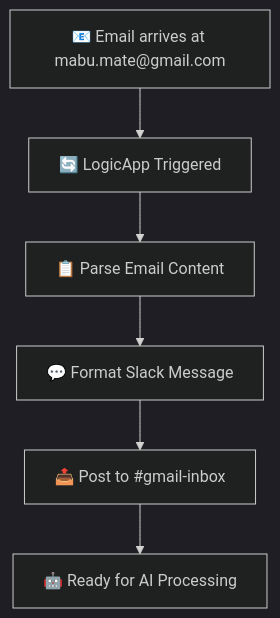
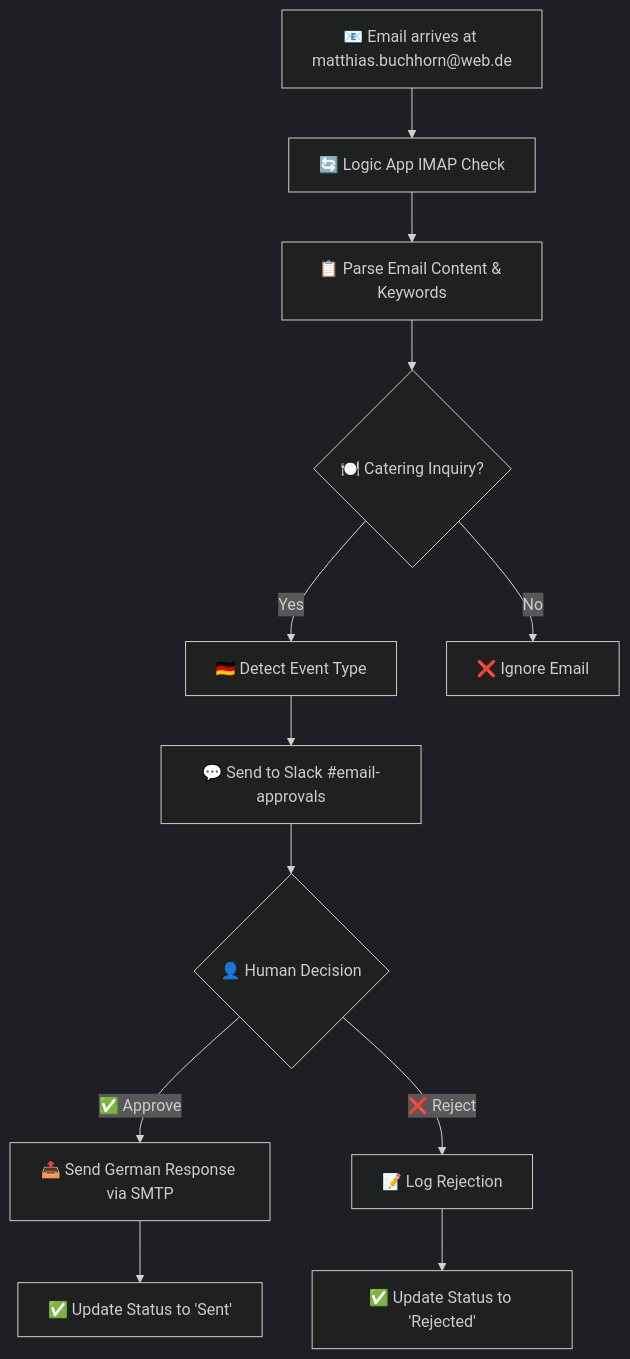
Before and after one commit to ma3u/jasmin-catering-ai-agent: the diagram in README.md, drawn with Mermaid (dark theme). The commit also changed other lines of this file and 82 other files, not shown here.

````diff
--- a/README.md
+++ b/README.md
@@ -67,8 +77,14 @@
 ```mermaid
 graph TD
-    A[📧 Email arrives at mabu.mate@gmail.com] --> B[🔄 LogicApp Triggered]
-    B --> C[📋 Parse Email Content]
-    C --> D[💬 Format Slack Message]
-    D --> E[📤 Post to #gmail-inbox]
-    E --> F[🤖 Ready for AI Processing]
+    A[📧 Email arrives at matthias.buchhorn@web.de] --> B[🔄 Logic App IMAP Check]
+    B --> C[📋 Parse Email Content & Keywords]
+    C --> D{🍽️ Catering Inquiry?}
+    D -->|Yes| E[🇩🇪 Detect Event Type]
+    D -->|No| F[❌ Ignore Email]
+    E --> G[💬 Send to Slack #email-approvals]
+    G --> H{👤 Human Decision}
+    H -->|✅ Approve| I[📤 Send German Response via SMTP]
+    H -->|❌ Reject| J[📝 Log Rejection]
+    I --> K[✅ Update Status to 'Sent']
+    J --> L[✅ Update Status to 'Rejected']
 ```
````
